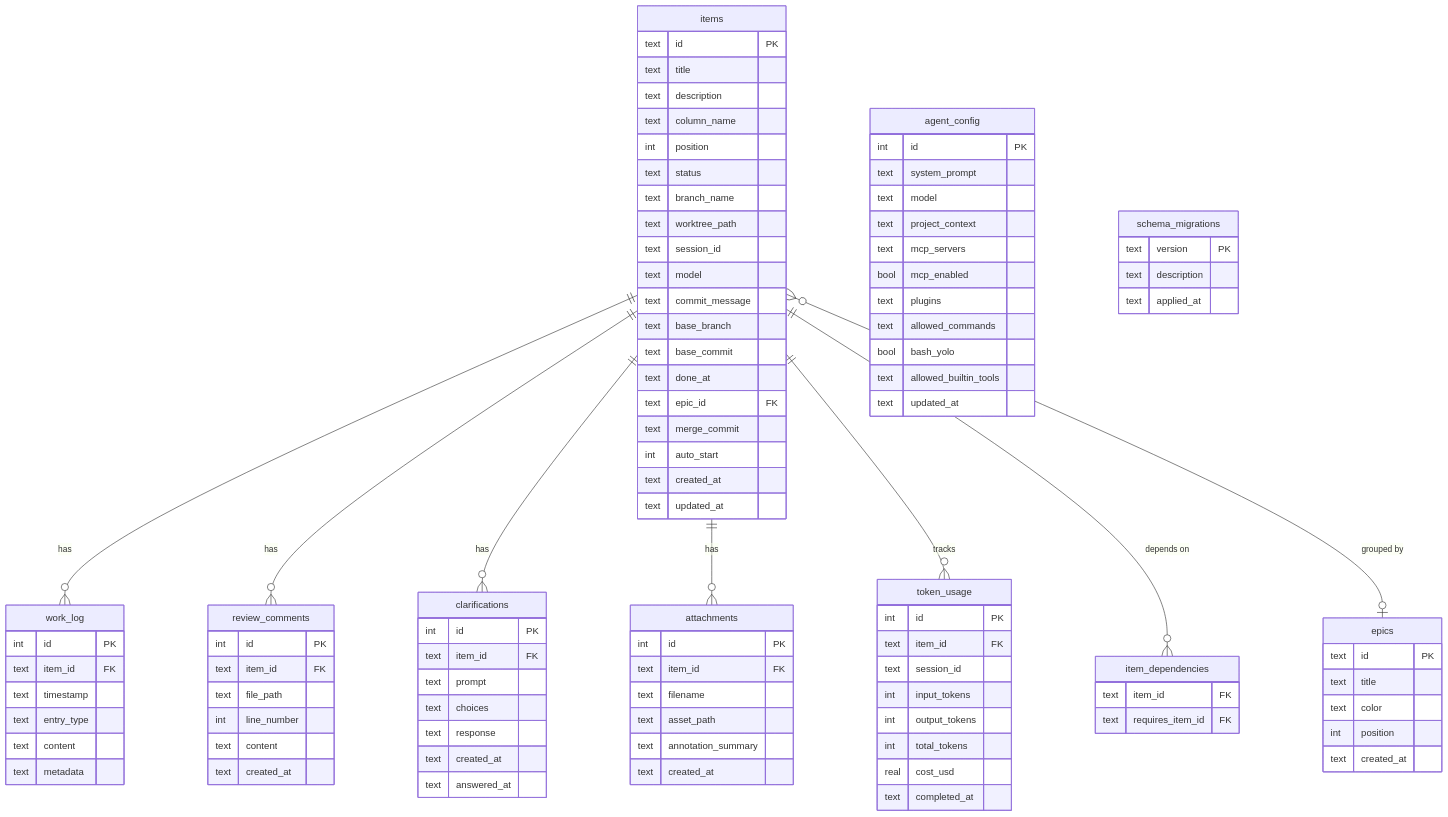
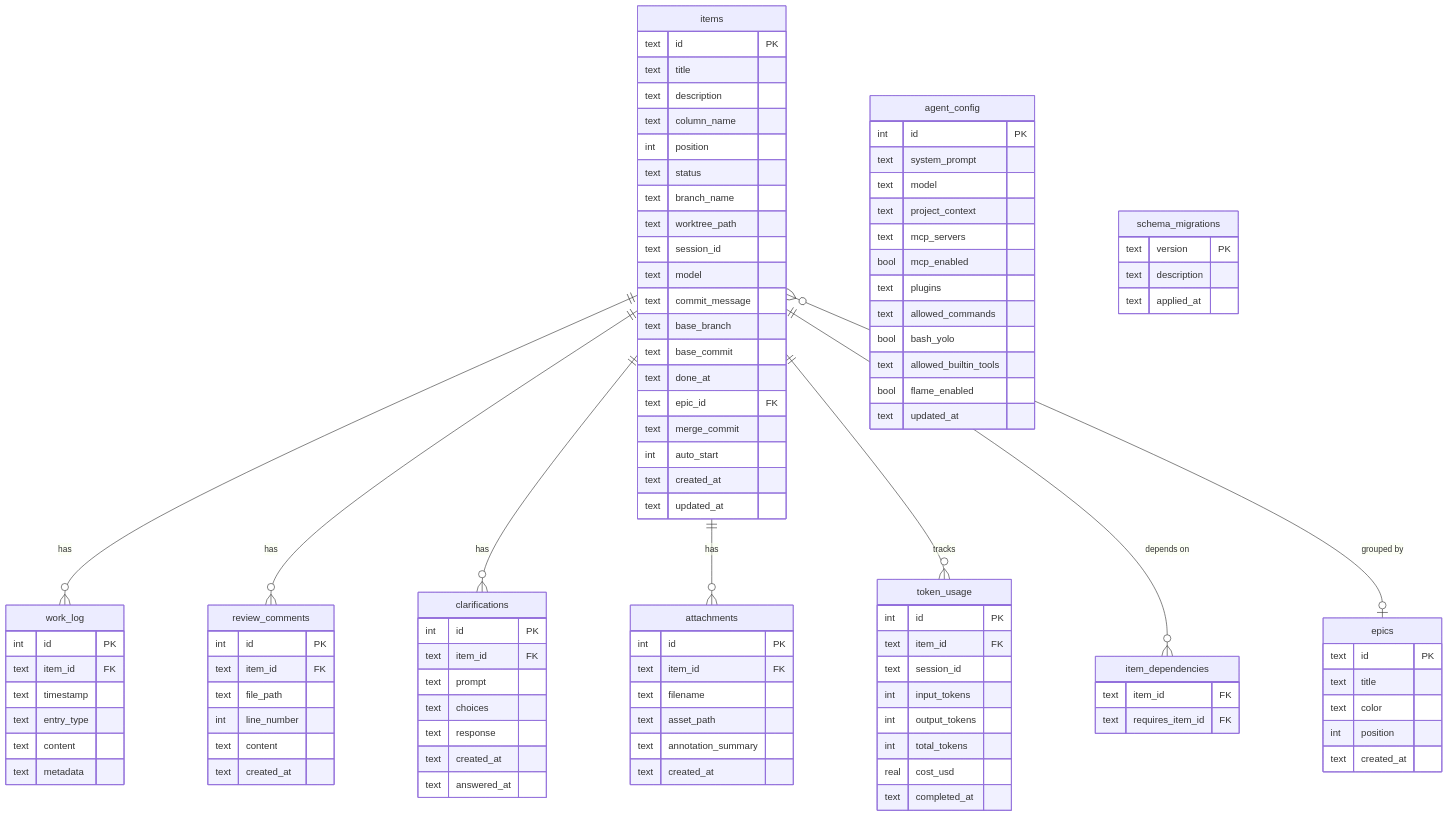
The fourth of 4 diagrams in README.md (epatel/claude-agents-dashboard), drawn with Mermaid before and after one commit. The commit also changed other lines of this file and 4 other files, not shown here.

```diff
--- a/README.md
+++ b/README.md
@@ -305,6 +306,7 @@
         text allowed_commands
         bool bash_yolo
         text allowed_builtin_tools
+        bool flame_enabled
         text updated_at
     }
 
```
